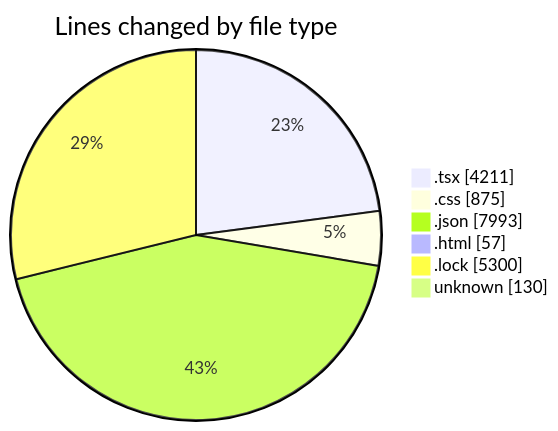
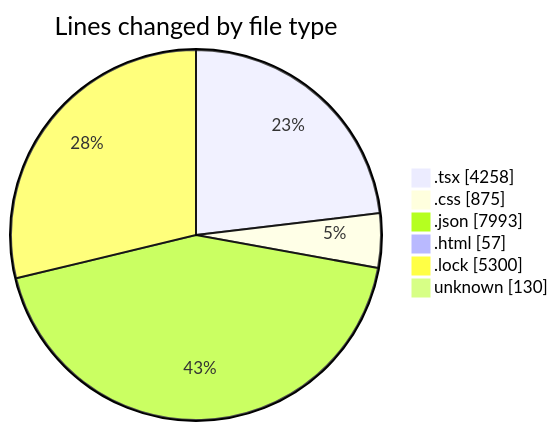
The first of 2 diagrams in 2025-08-12/ribbon/README.md (EIIisD/code-tracking), drawn with Mermaid before and after one commit. The commit also changed other lines of this file and 1 other file, not shown here.

````diff
--- a/2025-08-12/ribbon/README.md
+++ b/2025-08-12/ribbon/README.md
@@ -40,10 +40,10 @@
 ```mermaid
 pie showData
 title Lines changed by file type
-".tsx" : 4211
+".tsx" : 4258
 ".css" : 875
 ".json" : 7993
 ".html" : 57
 ".lock" : 5300
 "unknown" : 130
 ```
````
